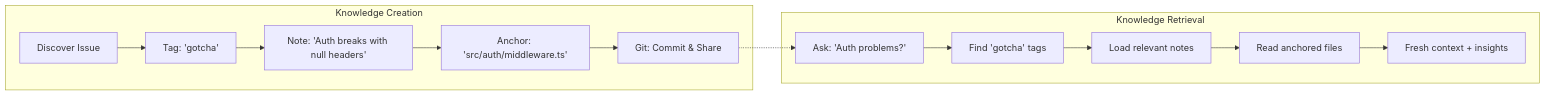
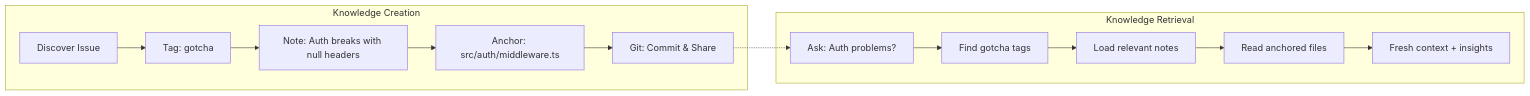
The second of 2 diagrams in README.md (a24z-ai/a24z-memory), drawn with Mermaid before and after one commit. The commit also changed other lines of this file, not shown here.

Commit message:
fix: remove quotes from mermaid diagrams to fix GitHub rendering

````diff
--- a/README.md
+++ b/README.md
@@ -30,18 +30,18 @@
 ```mermaid
 flowchart LR
-    subgraph "Knowledge Creation"
-        K1[Discover Issue] --> K2[Tag: 'gotcha']
-        K2 --> K3[Note: 'Auth breaks with null headers']
-        K3 --> K4[Anchor: 'src/auth/middleware.ts']
+    subgraph Knowledge Creation
+        K1[Discover Issue] --> K2[Tag: gotcha]
+        K2 --> K3[Note: Auth breaks with null headers]
+        K3 --> K4[Anchor: src/auth/middleware.ts]
         K4 --> K5[Git: Commit & Share]
     end
     
-    subgraph "Knowledge Retrieval"
-        R1[Ask: 'Auth problems?'] --> R2[Find 'gotcha' tags]
+    subgraph Knowledge Retrieval
+        R1[Ask: Auth problems?] --> R2[Find gotcha tags]
         R2 --> R3[Load relevant notes]
         R3 --> R4[Read anchored files]
         R4 --> R5[Fresh context + insights]
     end
     
     K5 -.-> R1
 ```
````
